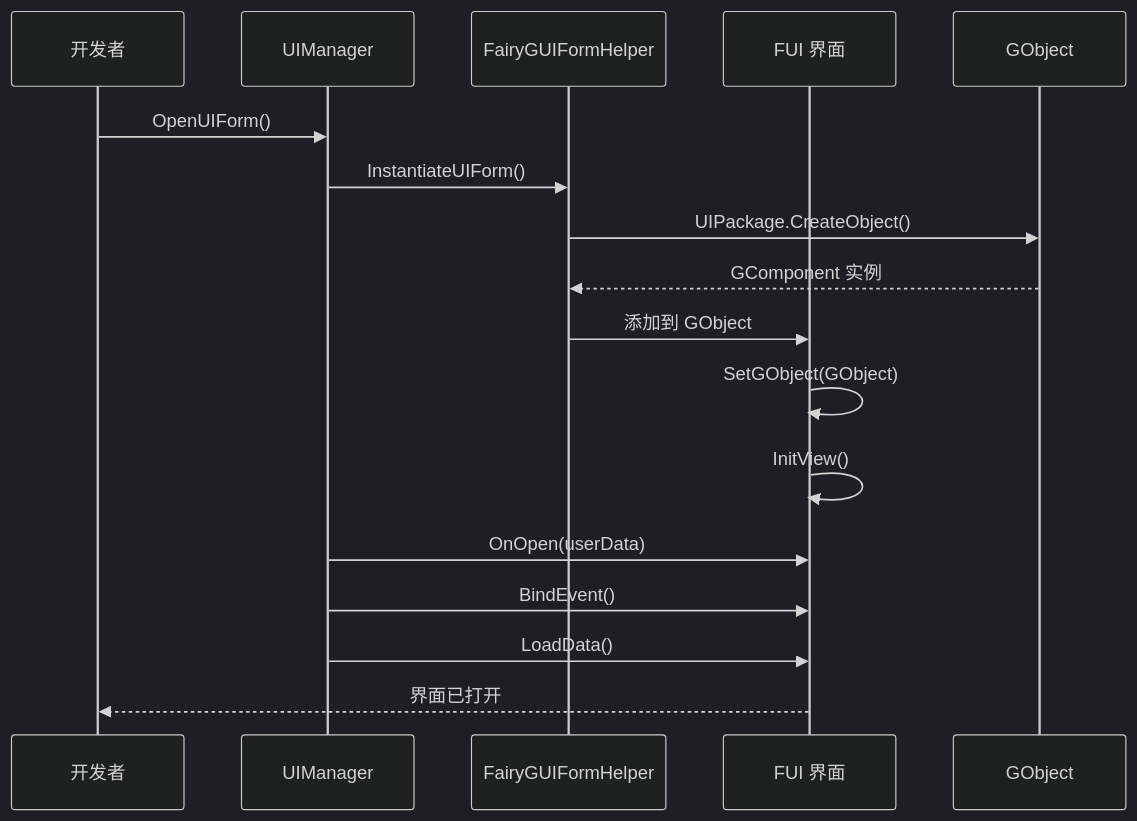
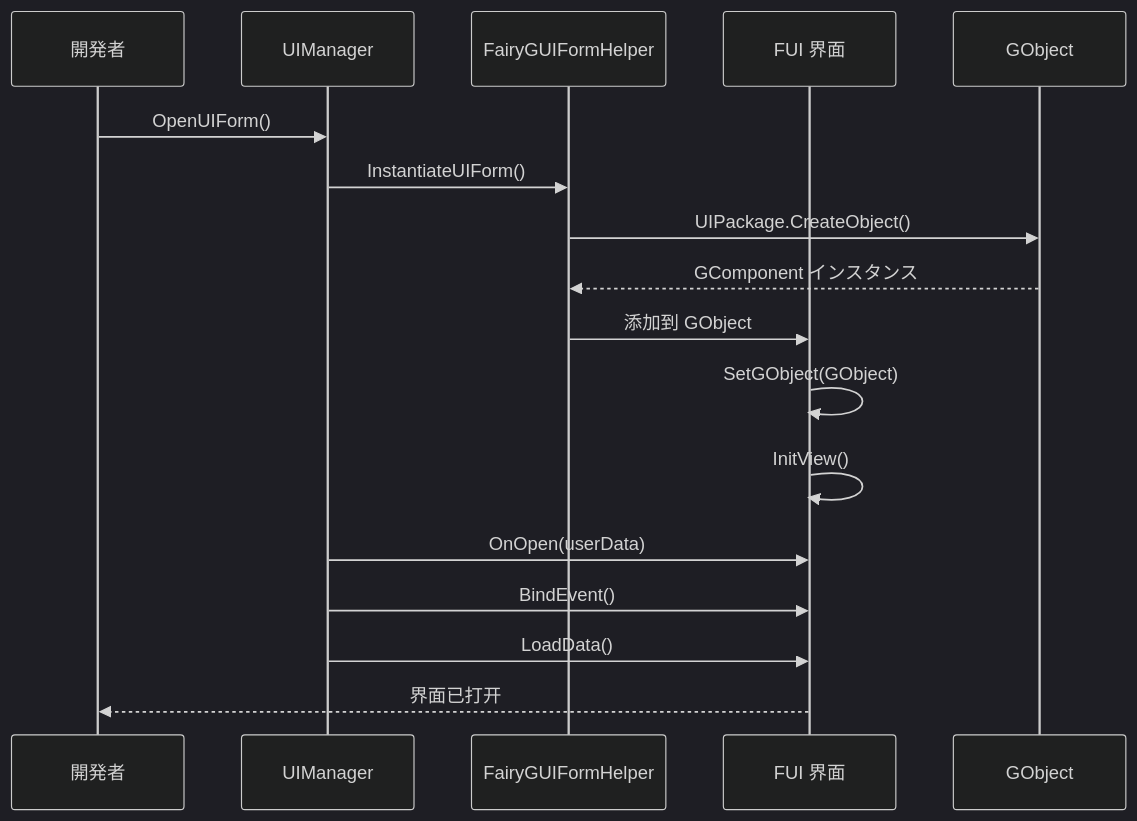
One commit to AlianBlank/GameFrameX.Docs changed the third of 3 diagrams in docs/ja/client/unity/component/ui-fairygui/06.fui-base-class.md. Above: the diagram before and after it, drawn with Mermaid (dark theme). The commit also changed other lines of this file and 603 other files, not shown here.

````diff
--- a/docs/ja/client/unity/component/ui-fairygui/06.fui-base-class.md
+++ b/docs/ja/client/unity/component/ui-fairygui/06.fui-base-class.md
@@ -90,20 +90,20 @@
 ```mermaid
 sequenceDiagram
-    participant Dev as 开发者
+    participant Dev as 開発者
     participant UM as UIManager
     participant FG as FairyGUIFormHelper
     participant FUI as FUI 界面
     participant GO as GObject
 
     Dev->>UM: OpenUIForm()
     UM->>FG: InstantiateUIForm()
     FG->>GO: UIPackage.CreateObject()
-    GO-->>FG: GComponent 实例
+    GO-->>FG: GComponent インスタンス
     FG->>FUI: 添加到 GObject
     FUI->>FUI: SetGObject(GObject)
     FUI->>FUI: InitView()
     UM->>FUI: OnOpen(userData)
     UM->>FUI: BindEvent()
     UM->>FUI: LoadData()
     FUI-->>Dev: 界面已打开
 ```
````
